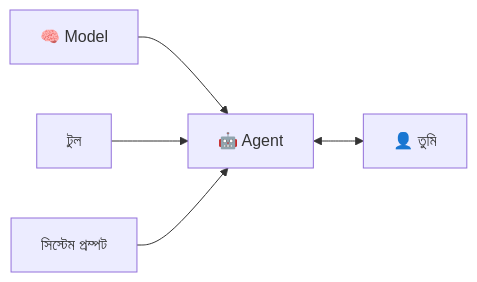
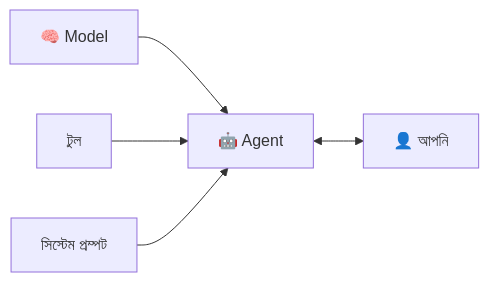
One commit to dhrupo/dictionary-of-ai-coding-bangla changed the second of 3 diagrams in dictionary/02-sessions-context-turns.md. Above: the diagram before and after it, drawn with Mermaid. The commit also changed other lines of this file and 8 other files, not shown here.

````diff
--- a/dictionary/02-sessions-context-turns.md
+++ b/dictionary/02-sessions-context-turns.md
@@ -166,7 +109,7 @@
 ```mermaid
 flowchart LR
     M["🧠 Model"] --> A["🤖 Agent"]
     T["টুল"] --> A
     S["সিস্টেম প্রম্পট"] --> A
-    A <--> U["👤 তুমি"]
+    A <--> U["👤 আপনি"]
 ```
````
